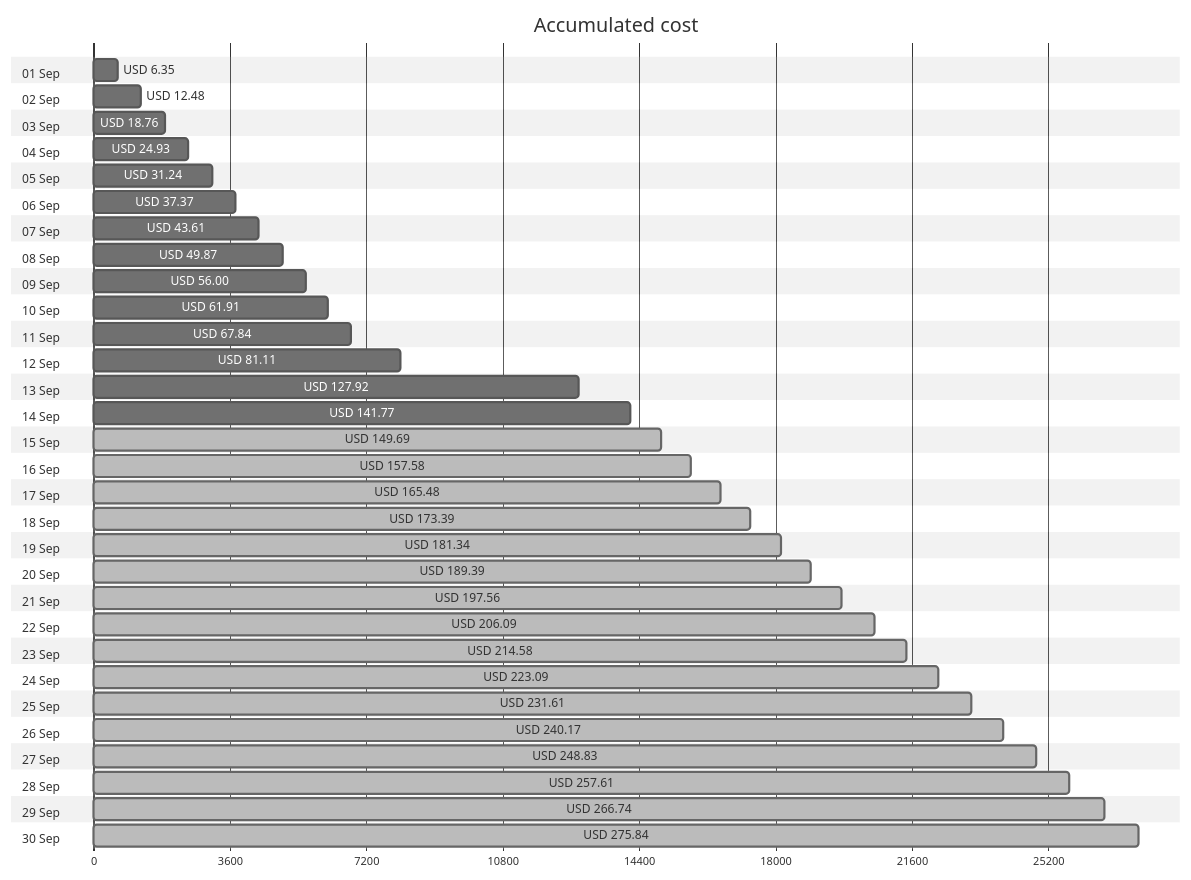
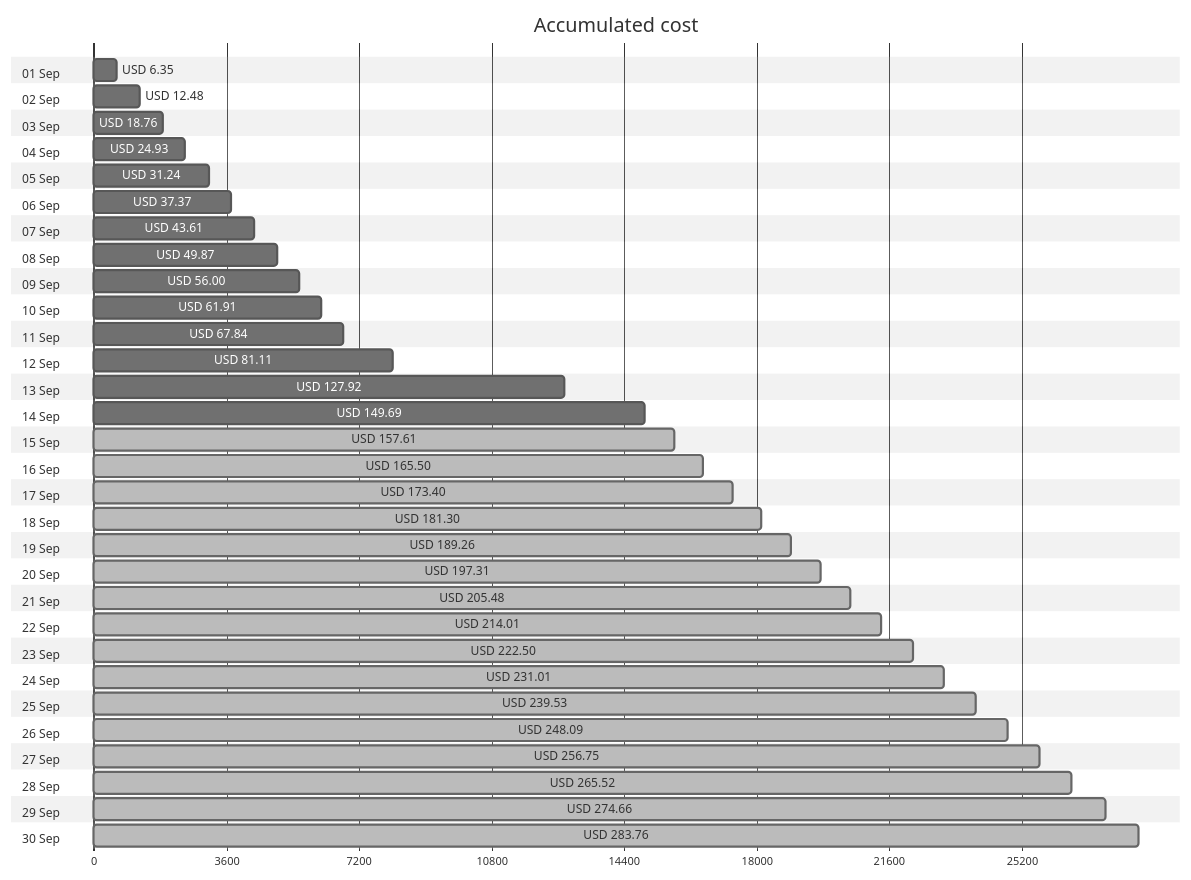
Before and after one commit to jpfulton/azure-personal-reports: the first of 4 diagrams in cost-reports/accumulated-cost.md, drawn with Mermaid (neutral theme). The commit also changed other lines of this file and 32 other files, not shown here.

````diff
--- a/cost-reports/accumulated-cost.md
+++ b/cost-reports/accumulated-cost.md
@@ -20,66 +20,66 @@
 ```mermaid
 gantt
    title Accumulated cost
    dateFormat  X
    axisFormat %s
    section 01 Sep
    USD 6.35 :0, 635
    section 02 Sep
    USD 12.48 :0, 1248
    section 03 Sep
    USD 18.76 :0, 1876
    section 04 Sep
    USD 24.93 :0, 2493
    section 05 Sep
    USD 31.24 :0, 3124
    section 06 Sep
    USD 37.37 :0, 3737
    section 07 Sep
    USD 43.61 :0, 4361
    section 08 Sep
    USD 49.87 :0, 4987
    section 09 Sep
    USD 56.00 :0, 5600
    section 10 Sep
    USD 61.91 :0, 6191
    section 11 Sep
    USD 67.84 :0, 6784
    section 12 Sep
    USD 81.11 :0, 8111
    section 13 Sep
    USD 127.92 :0, 12792
    section 14 Sep
-   USD 141.77 :0, 14177
+   USD 149.69 :0, 14969
    section 15 Sep
-   USD 149.69 : done, 0, 14969
+   USD 157.61 : done, 0, 15761
    section 16 Sep
-   USD 157.58 : done, 0, 15758
+   USD 165.50 : done, 0, 16550
    section 17 Sep
-   USD 165.48 : done, 0, 16548
+   USD 173.40 : done, 0, 17340
    section 18 Sep
-   USD 173.39 : done, 0, 17339
+   USD 181.30 : done, 0, 18130
    section 19 Sep
-   USD 181.34 : done, 0, 18134
+   USD 189.26 : done, 0, 18926
    section 20 Sep
-   USD 189.39 : done, 0, 18939
+   USD 197.31 : done, 0, 19731
    section 21 Sep
-   USD 197.56 : done, 0, 19756
+   USD 205.48 : done, 0, 20548
    section 22 Sep
-   USD 206.09 : done, 0, 20609
+   USD 214.01 : done, 0, 21401
    section 23 Sep
-   USD 214.58 : done, 0, 21458
+   USD 222.50 : done, 0, 22250
    section 24 Sep
-   USD 223.09 : done, 0, 22309
+   USD 231.01 : done, 0, 23101
    section 25 Sep
-   USD 231.61 : done, 0, 23161
+   USD 239.53 : done, 0, 23953
    section 26 Sep
-   USD 240.17 : done, 0, 24017
+   USD 248.09 : done, 0, 24809
    section 27 Sep
-   USD 248.83 : done, 0, 24883
+   USD 256.75 : done, 0, 25675
    section 28 Sep
-   USD 257.61 : done, 0, 25761
+   USD 265.52 : done, 0, 26552
    section 29 Sep
-   USD 266.74 : done, 0, 26674
+   USD 274.66 : done, 0, 27466
    section 30 Sep
-   USD 275.84 : done, 0, 27584
+   USD 283.76 : done, 0, 28376
 ```
````
